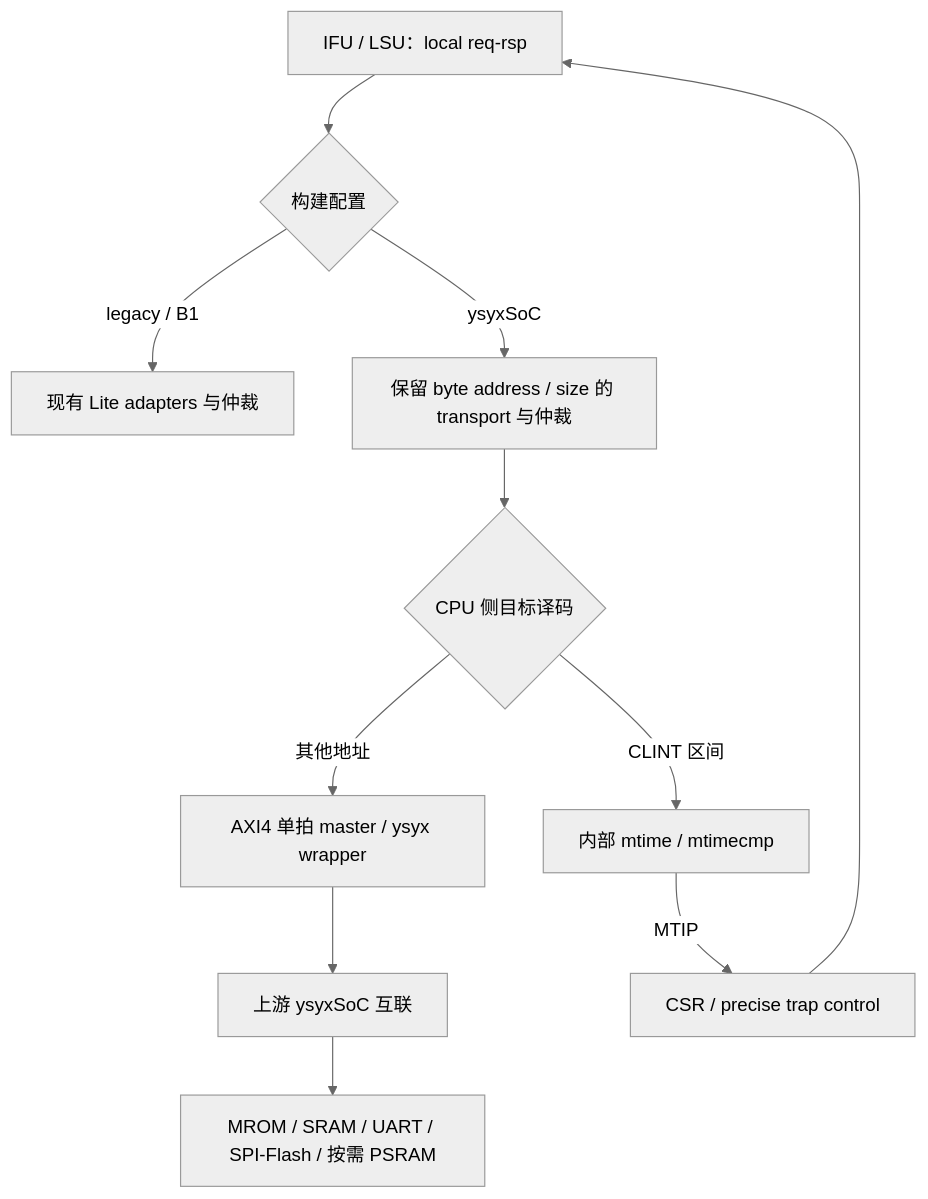
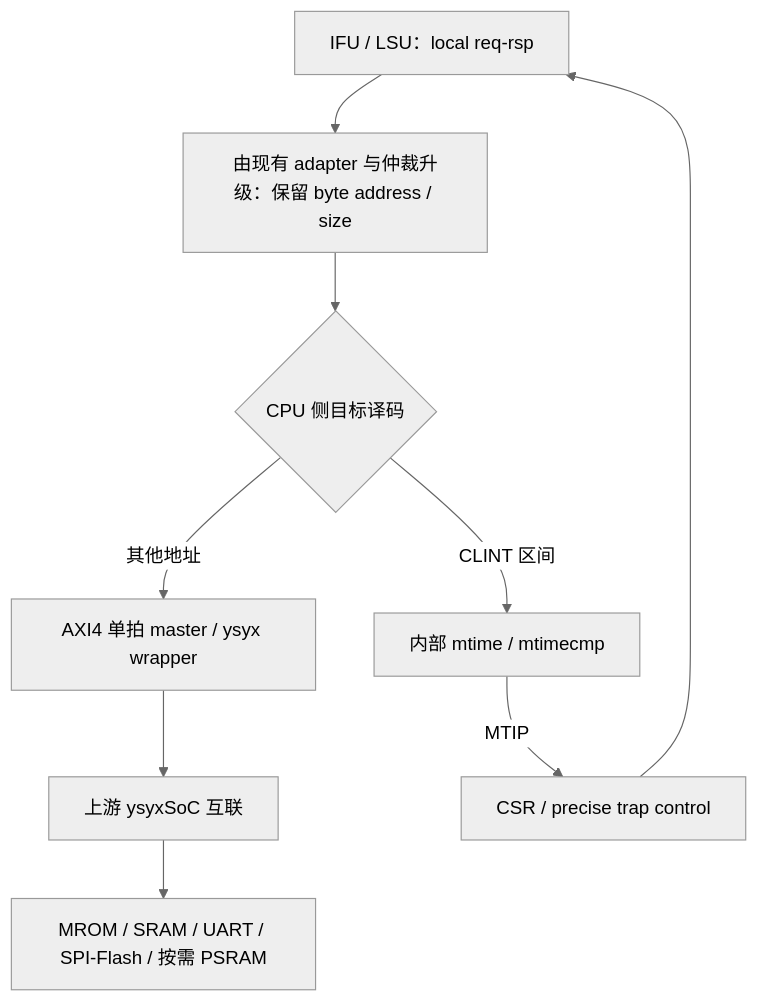
Before and after one commit to waxberry-chen/ysyx-workbench: the diagram in docs/notes/post-c/5-ysyx-soc-integration/plan.md, drawn with Mermaid (neutral theme). The commit also changed other lines of this file and 46 other files, not shown here.

````diff
--- a/docs/notes/post-c/5-ysyx-soc-integration/plan.md
+++ b/docs/notes/post-c/5-ysyx-soc-integration/plan.md
@@ -57,13 +61,11 @@
 ```mermaid
 flowchart TD
-    Core[IFU / LSU：local req-rsp] --> Select{构建配置}
-    Select -->|legacy / B1| Lite[现有 Lite adapters 与仲裁]
-    Select -->|ysyxSoC| Native[保留 byte address / size 的 transport 与仲裁]
+    Core[IFU / LSU：local req-rsp] --> Native[由现有 adapter 与仲裁升级：保留 byte address / size]
     Native --> Route{CPU 侧目标译码}
     Route -->|CLINT 区间| Timer[内部 mtime / mtimecmp]
     Route -->|其他地址| Wrapper[AXI4 单拍 master / ysyx wrapper]
     Wrapper --> SoC[上游 ysyxSoC 互联]
     SoC --> Devices[MROM / SRAM / UART / SPI-Flash / 按需 PSRAM]
     Timer -->|MTIP| Trap[CSR / precise trap control]
     Trap --> Core
 ```
````
